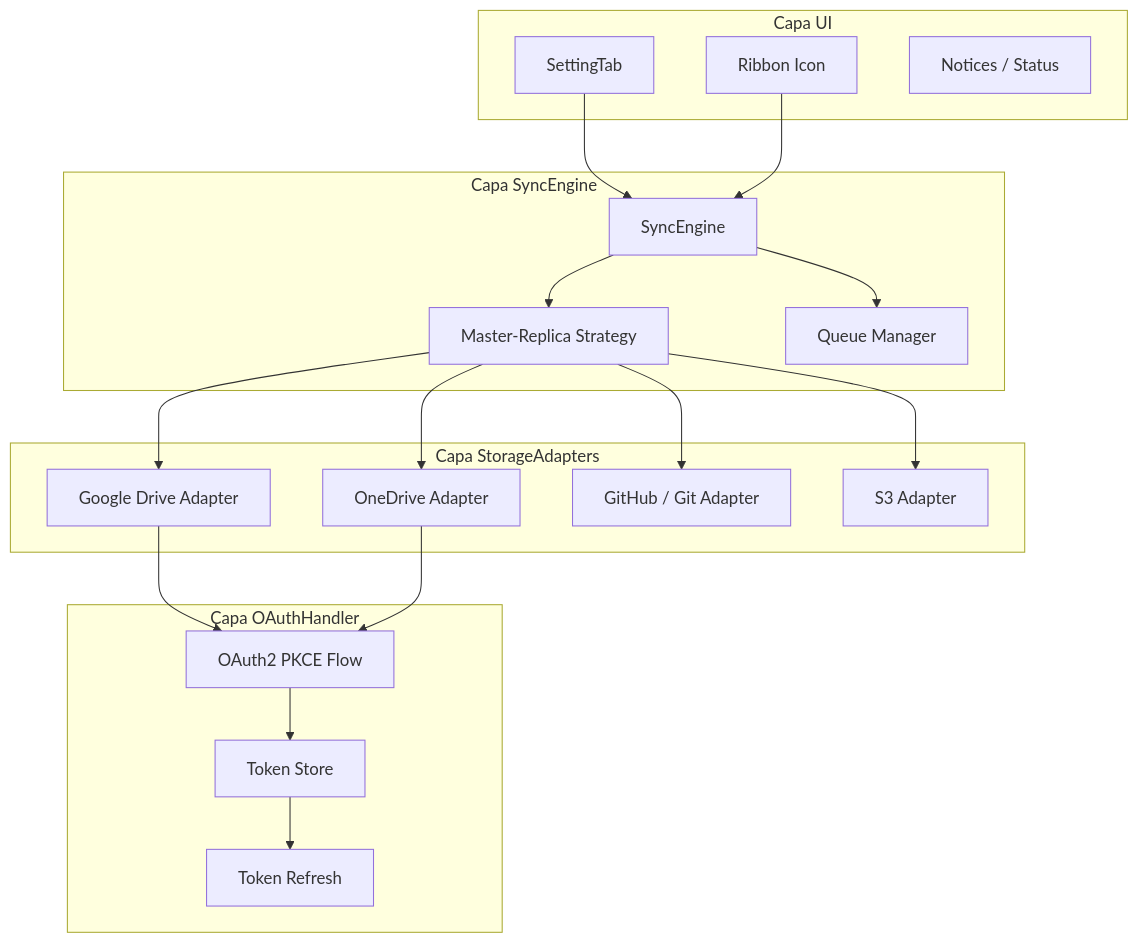
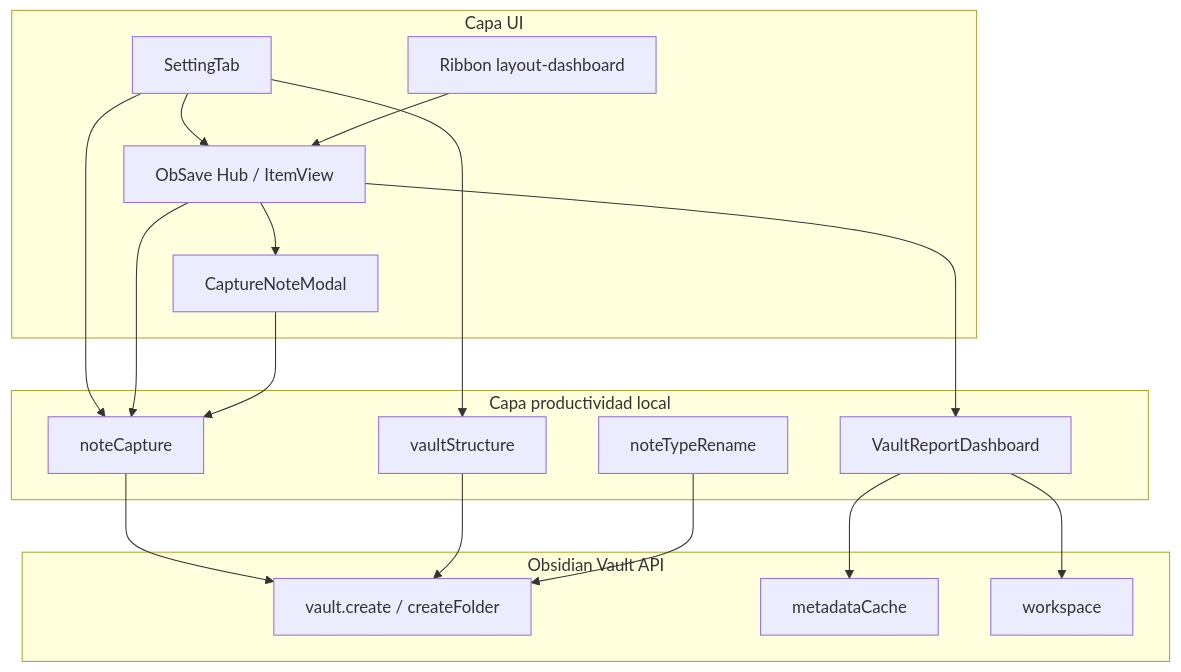
One commit to adastraforge/obsave changed the diagram in .cursor/architecture.md. Above: the diagram before and after it, drawn with Mermaid. The commit also changed other lines of this file and 44 other files, not shown here.

First line of the commit message:
feat: convierte ObSave en suite de productividad local (v2.0.0)

````diff
--- a/.cursor/architecture.md
+++ b/.cursor/architecture.md
@@ -5,40 +5,36 @@
 ```mermaid
 flowchart TB
     subgraph UI["Capa UI"]
         ST[SettingTab]
-        RI[Ribbon Icon]
-        NO[Notices / Status]
+        HV[ObSave Hub / ItemView]
+        CM[CaptureNoteModal]
+        RI[Ribbon layout-dashboard]
     end
 
-    subgraph Engine["Capa SyncEngine"]
-        SE[SyncEngine]
-        MR[Master-Replica Strategy]
-        QM[Queue Manager]
+    subgraph Prod["Capa productividad local"]
+        NC[noteCapture]
+        VS[vaultStructure]
+        RD[VaultReportDashboard]
+        NR[noteTypeRename]
     end
 
-    subgraph Adapters["Capa StorageAdapters"]
-        GA[Google Drive Adapter]
-        OA[OneDrive Adapter]
-        GH[GitHub / Git Adapter]
-        S3[S3 Adapter]
+    subgraph Vault["Obsidian Vault API"]
+        VA[vault.create / createFolder]
+        MC[metadataCache]
+        WS[workspace]
     end
 
-    subgraph Auth["Capa OAuthHandler"]
-        PKCE[OAuth2 PKCE Flow]
-        TK[Token Store]
-        RF[Token Refresh]
-    end
-
-    ST --> SE
-    RI --> SE
-    SE --> MR
-    SE --> QM
-    MR --> GA
-    MR --> OA
-    MR --> GH
-    MR --> S3
-    GA --> PKCE
-    OA --> PKCE
-    PKCE --> TK
-    TK --> RF
+    ST --> VS
+    ST --> NC
+    ST --> HV
+    HV --> NC
+    HV --> CM
+    HV --> RD
+    CM --> NC
+    RI --> HV
+    NC --> VA
+    VS --> VA
+    RD --> MC
+    RD --> WS
+    NR --> VA
 ```
````
